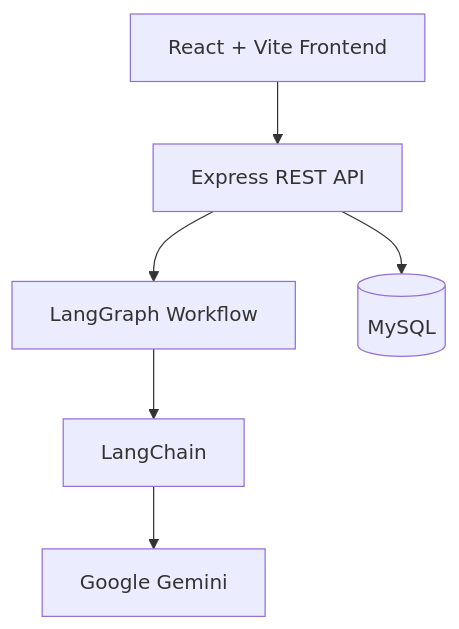
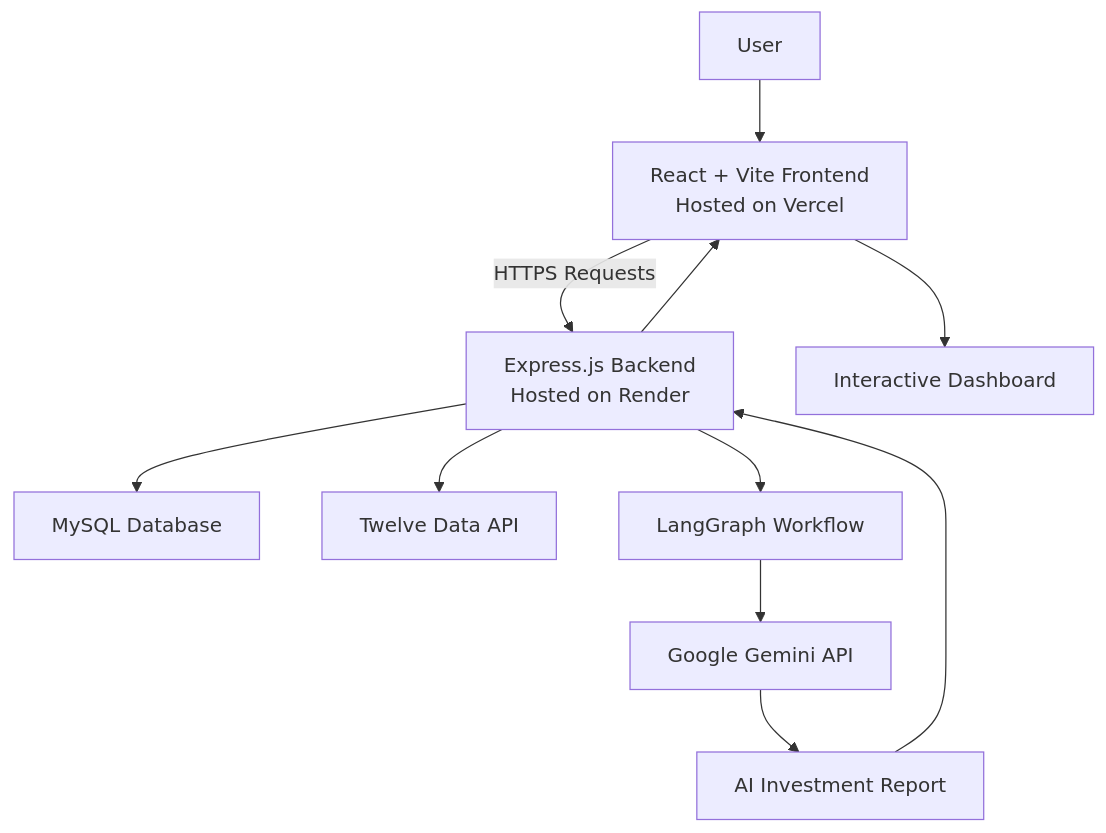
The diagram in README.md (adeshsonawane46/AlphaLens), drawn with Mermaid before and after one commit. The commit also changed other lines of this file and 10 other files, not shown here.

````diff
--- a/README.md
+++ b/README.md
@@ -133,25 +133,38 @@
 ```mermaid
 graph TD
 
-A[React + Vite Frontend]
+U[User]
 
-B[Express REST API]
+A[React + Vite Frontend<br/>Hosted on Vercel]
 
-C[LangGraph Workflow]
+B[Express.js Backend<br/>Hosted on Render]
 
-D[LangChain]
+C[MySQL Database]
 
-E[Google Gemini]
+D[Twelve Data API]
 
-F[(MySQL)]
+E[LangGraph Workflow]
 
-A --> B
+F[Google Gemini API]
+
+G[AI Investment Report]
+
+H[Interactive Dashboard]
+
+U --> A
+A -->|HTTPS Requests| B
 
 B --> C
+B --> D
+B --> E
 
-C --> D
+E --> F
 
-D --> E
+F --> G
 
-B --> F
+G --> B
+
+B --> A
+
+A --> H
 ```
````
